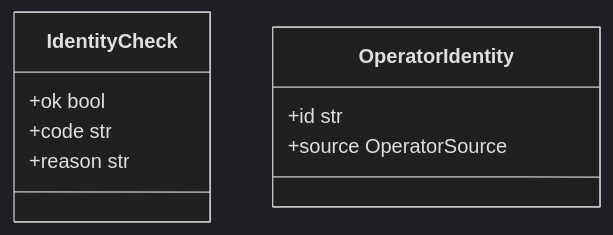
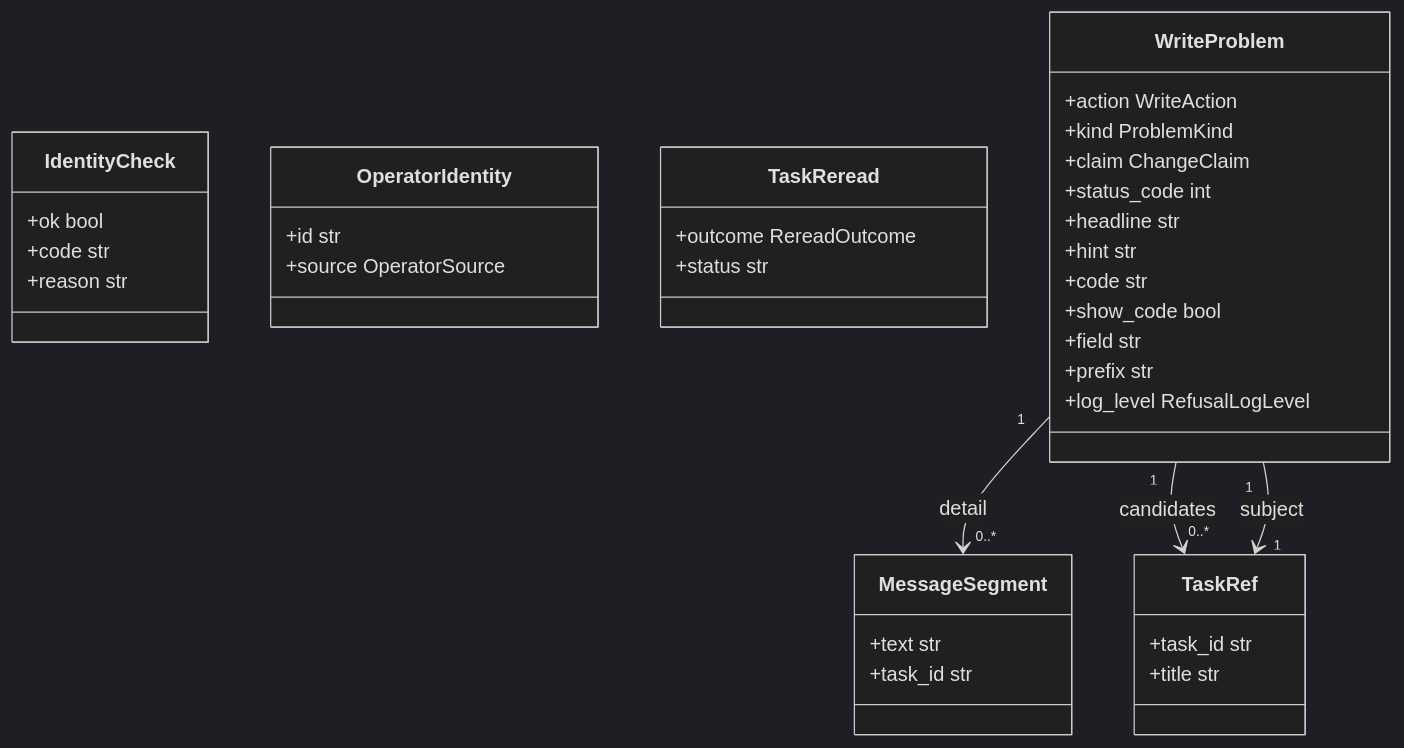
One commit to agent-lore/lithos-lens changed the seventh of 7 diagrams in docs/generated/domain_model.md. Above: the diagram before and after it, drawn with Mermaid (dark theme). The commit also changed 14 other files, not shown here.

First line of the commit message:
T3-W2: Error mapper — every Lithos write refusal becomes operator copy, never a bare code (#107)

````diff
--- a/docs/generated/domain_model.md
+++ b/docs/generated/domain_model.md
@@ -687,12 +687,40 @@
 ```mermaid
 classDiagram
   class IdentityCheck {
     +ok bool
     +code str
     +reason str
   }
+  class MessageSegment {
+    +text str
+    +task_id str
+  }
   class OperatorIdentity {
     +id str
     +source OperatorSource
   }
+  class TaskRef {
+    +task_id str
+    +title str
+  }
+  class TaskReread {
+    +outcome RereadOutcome
+    +status str
+  }
+  class WriteProblem {
+    +action WriteAction
+    +kind ProblemKind
+    +claim ChangeClaim
+    +status_code int
+    +headline str
+    +hint str
+    +code str
+    +show_code bool
+    +field str
+    +prefix str
+    +log_level RefusalLogLevel
+  }
+  WriteProblem "1" --> "0..*" MessageSegment : detail
+  WriteProblem "1" --> "0..*" TaskRef : candidates
+  WriteProblem "1" --> "1" TaskRef : subject
 ```
````
